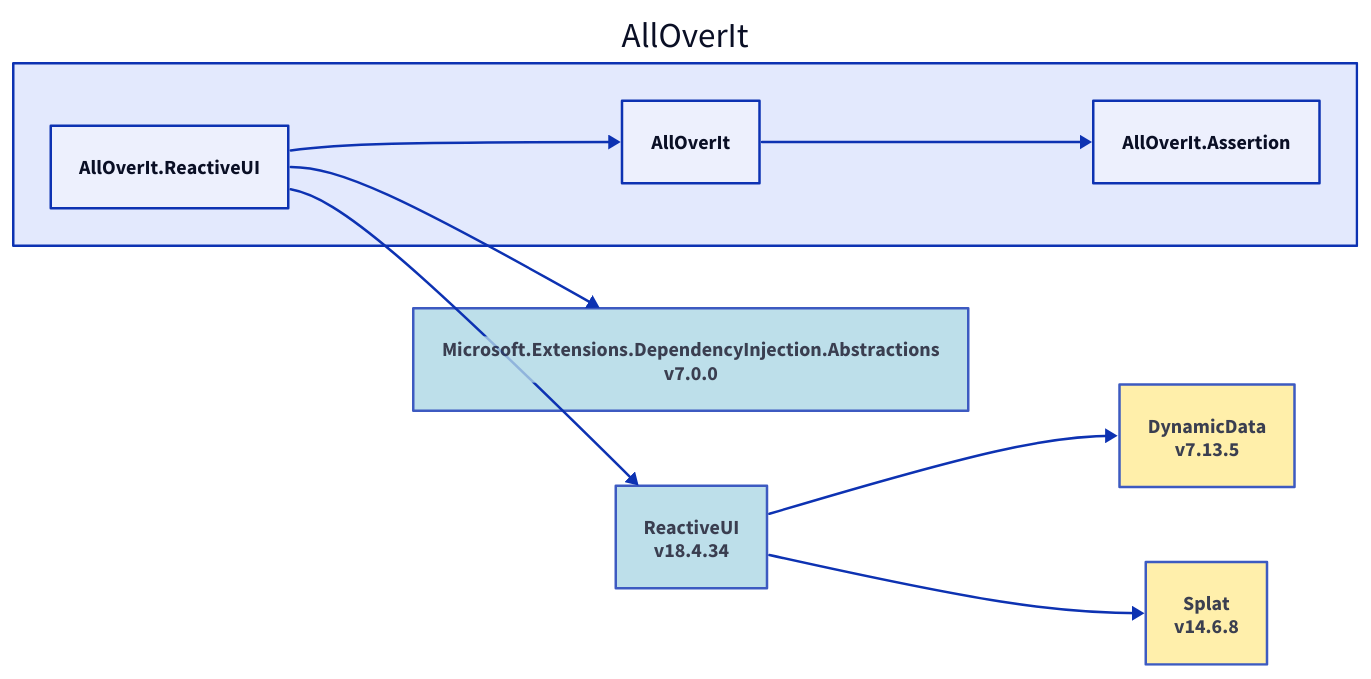
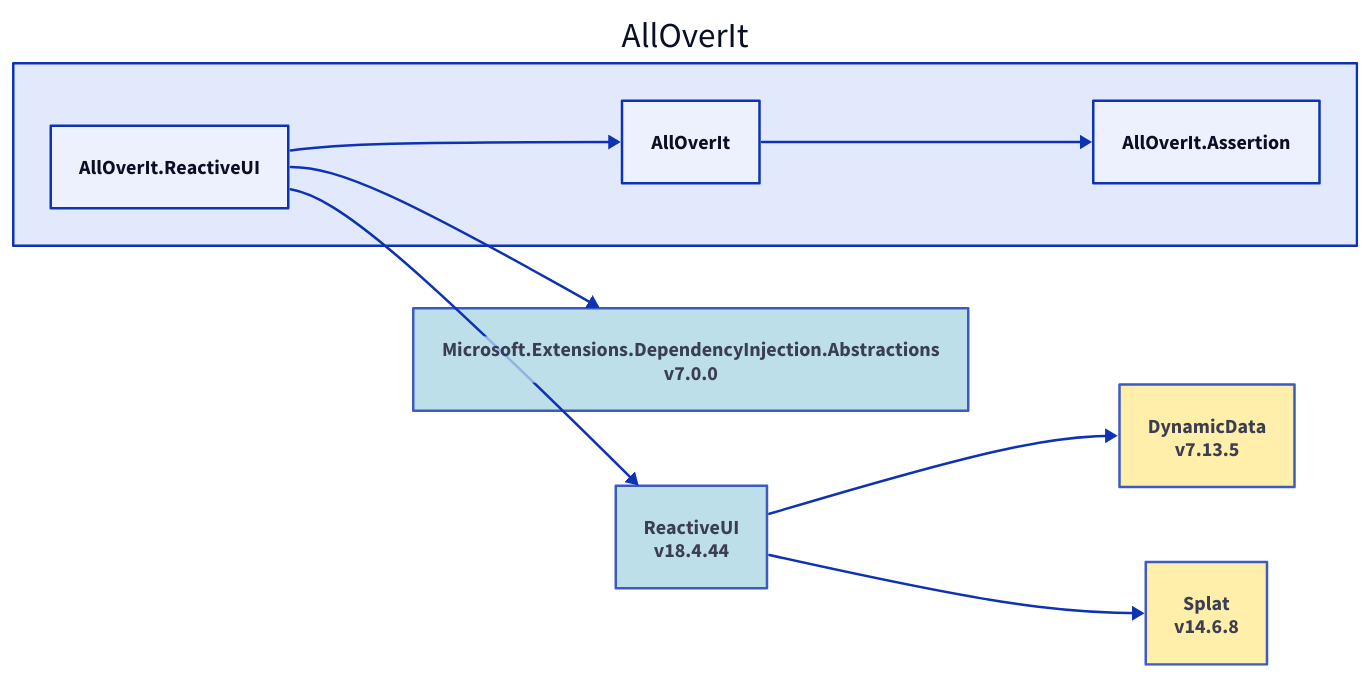
Before and after one commit to nickathone/AllOverIt: the diagram in Docs/Dependencies/alloverit-reactiveui.d2, drawn with D2. The commit also changed 10 other files, not shown here.

```diff
--- a/Docs/Dependencies/alloverit-reactiveui.d2
+++ b/Docs/Dependencies/alloverit-reactiveui.d2
@@ -1,24 +1,24 @@
 direction: right
 
 aoi: AllOverIt
 aoi.alloverit-reactiveui: AllOverIt.ReactiveUI
 microsoft-extensions-dependencyinjection-abstractions_7-0-0: Microsoft.Extensions.DependencyInjection.Abstractions\nv7.0.0
 microsoft-extensions-dependencyinjection-abstractions_7-0-0.style.fill: "#ADD8E6"
 microsoft-extensions-dependencyinjection-abstractions_7-0-0.style.opacity: 0.8
 microsoft-extensions-dependencyinjection-abstractions_7-0-0 <- aoi.alloverit-reactiveui
-reactiveui_18-4-34: ReactiveUI\nv18.4.34
-reactiveui_18-4-34.style.fill: "#ADD8E6"
-reactiveui_18-4-34.style.opacity: 0.8
+reactiveui_18-4-44: ReactiveUI\nv18.4.44
+reactiveui_18-4-44.style.fill: "#ADD8E6"
+reactiveui_18-4-44.style.opacity: 0.8
 dynamicdata_7-13-5: DynamicData\nv7.13.5
 dynamicdata_7-13-5.style.fill: "#FFEC96"
 dynamicdata_7-13-5.style.opacity: 0.8
-dynamicdata_7-13-5 <- reactiveui_18-4-34
+dynamicdata_7-13-5 <- reactiveui_18-4-44
 splat_14-6-8: Splat\nv14.6.8
 splat_14-6-8.style.fill: "#FFEC96"
 splat_14-6-8.style.opacity: 0.8
-splat_14-6-8 <- reactiveui_18-4-34
-reactiveui_18-4-34 <- aoi.alloverit-reactiveui
+splat_14-6-8 <- reactiveui_18-4-44
+reactiveui_18-4-44 <- aoi.alloverit-reactiveui
 aoi.alloverit: AllOverIt
 aoi.alloverit-assertion: AllOverIt.Assertion
 aoi.alloverit-assertion <- aoi.alloverit
 aoi.alloverit <- aoi.alloverit-reactiveui
```
